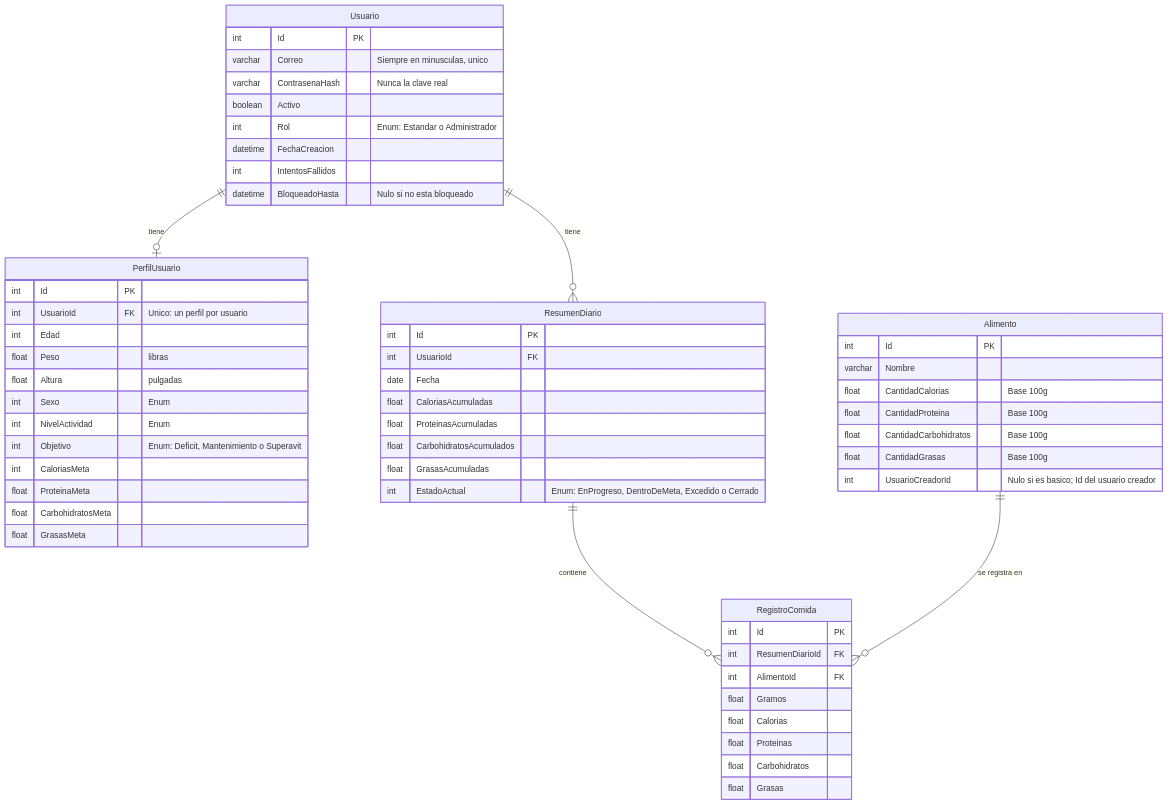
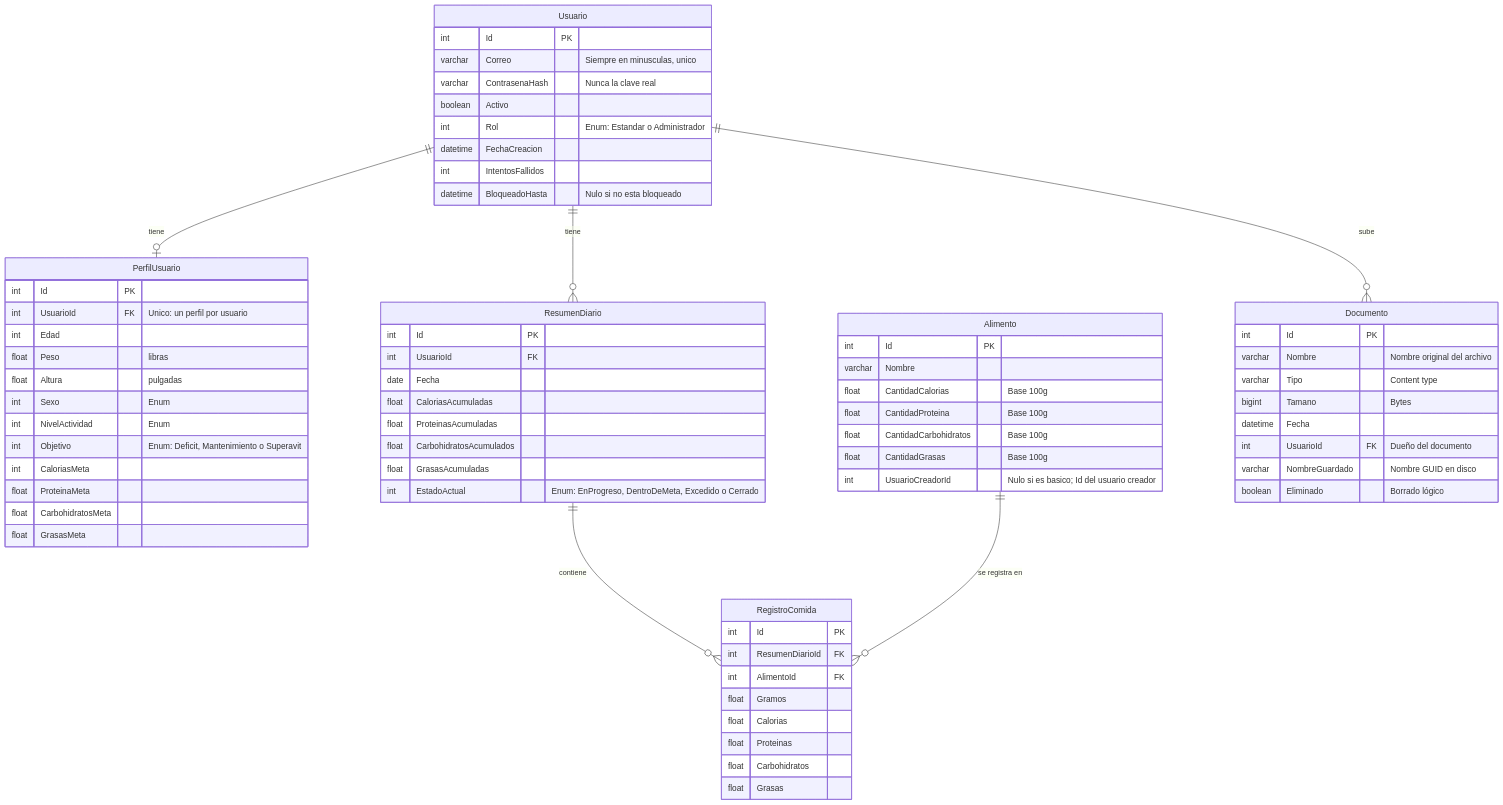
The third of 3 diagrams in README.md (carlosgabrielcastellanossuriel-lgtm/FitTrack), drawn with Mermaid before and after one commit. The commit also changed other lines of this file and 4 other files, not shown here.

````diff
--- a/README.md
+++ b/README.md
@@ -518,66 +534,78 @@
 ```mermaid
 erDiagram
     Usuario {
         int Id PK
         varchar Correo "Siempre en minusculas, unico"
         varchar ContrasenaHash "Nunca la clave real"
         boolean Activo
         int Rol "Enum: Estandar o Administrador"
         datetime FechaCreacion
         int IntentosFallidos
         datetime BloqueadoHasta "Nulo si no esta bloqueado"
     }
 
     PerfilUsuario {
         int Id PK
         int UsuarioId FK "Unico: un perfil por usuario"
         int Edad
         float Peso "libras"
         float Altura "pulgadas"
         int Sexo "Enum"
         int NivelActividad "Enum"
         int Objetivo "Enum: Deficit, Mantenimiento o Superavit"
         int CaloriasMeta
         float ProteinaMeta
         float CarbohidratosMeta
         float GrasasMeta
     }
 
     Alimento {
         int Id PK
         varchar Nombre
         float CantidadCalorias "Base 100g"
         float CantidadProteina "Base 100g"
         float CantidadCarbohidratos "Base 100g"
         float CantidadGrasas "Base 100g"
         int UsuarioCreadorId "Nulo si es basico; Id del usuario creador"
     }
 
     ResumenDiario {
         int Id PK
         int UsuarioId FK
         date Fecha
         float CaloriasAcumuladas
         float ProteinasAcumuladas
         float CarbohidratosAcumulados
         float GrasasAcumuladas
         int EstadoActual "Enum: EnProgreso, DentroDeMeta, Excedido o Cerrado"
     }
 
     RegistroComida {
         int Id PK
         int ResumenDiarioId FK
         int AlimentoId FK
         float Gramos
         float Calorias
         float Proteinas
         float Carbohidratos
         float Grasas
     }
 
+    Documento {
+        int Id PK
+        varchar Nombre "Nombre original del archivo"
+        varchar Tipo "Content type"
+        bigint Tamano "Bytes"
+        datetime Fecha
+        int UsuarioId FK "Dueño del documento"
+        varchar NombreGuardado "Nombre GUID en disco"
+        boolean Eliminado "Borrado lógico"
+    }
+
     %% Relaciones
     Usuario ||--o| PerfilUsuario : "tiene"
     Usuario ||--o{ ResumenDiario : "tiene"
+    Usuario ||--o{ Documento : "sube"
     ResumenDiario ||--o{ RegistroComida : "contiene"
     Alimento ||--o{ RegistroComida : "se registra en"
 ```
````
